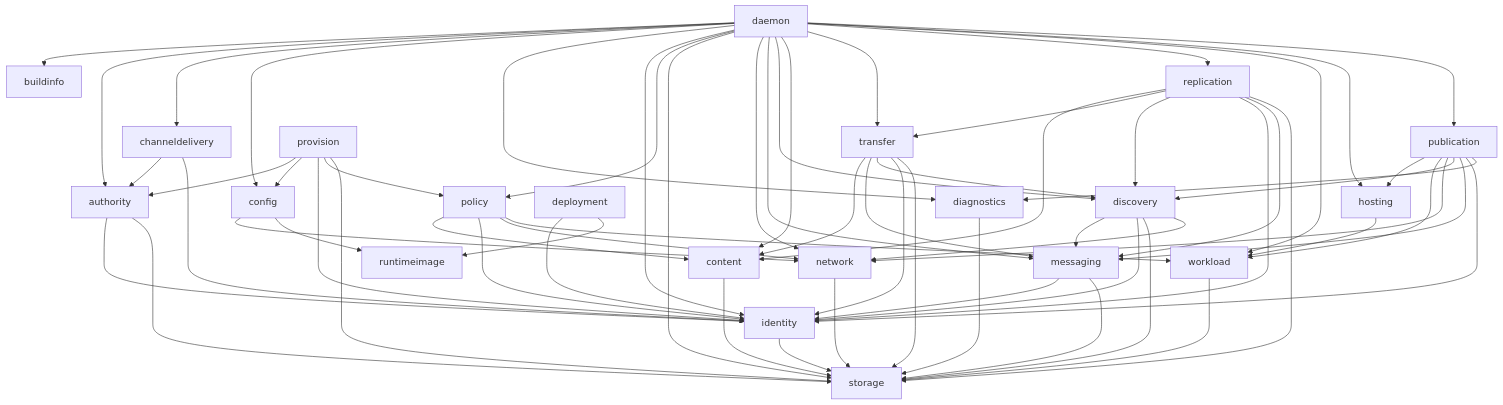
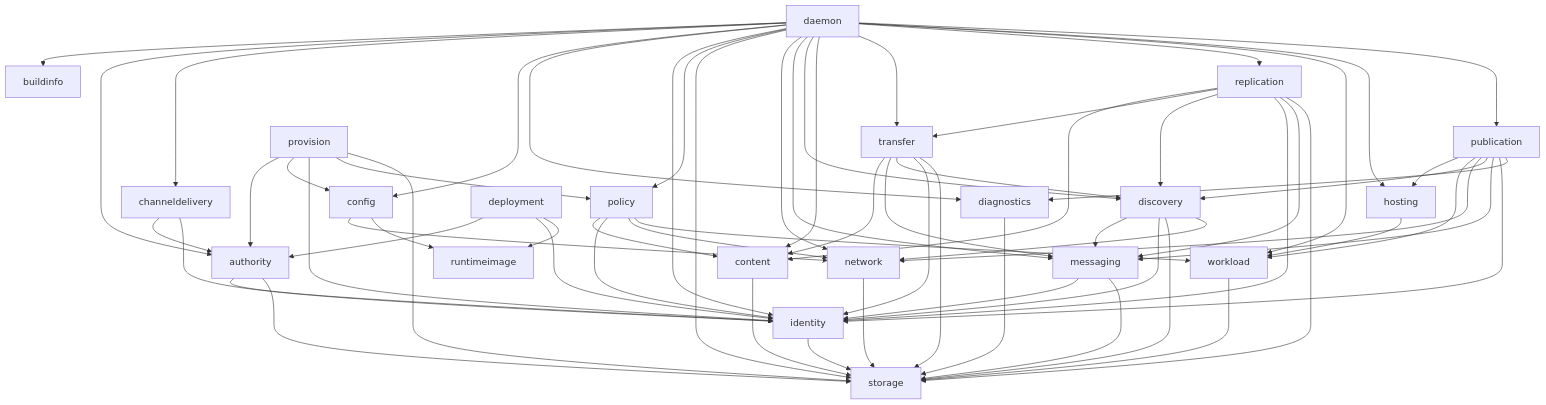
Before and after one commit to dianabuilds/ardents-network: the diagram in docs/engineering/codebase-architecture.md, drawn with Mermaid. The commit also changed 8 other files, not shown here.

```diff
--- a/docs/engineering/codebase-architecture.md
+++ b/docs/engineering/codebase-architecture.md
@@ -539,6 +539,7 @@
     authority --> storage
     channeldelivery --> authority
     channeldelivery --> identity
+    deployment --> authority
     deployment --> identity
     deployment --> runtimeimage
     provision --> authority
```
